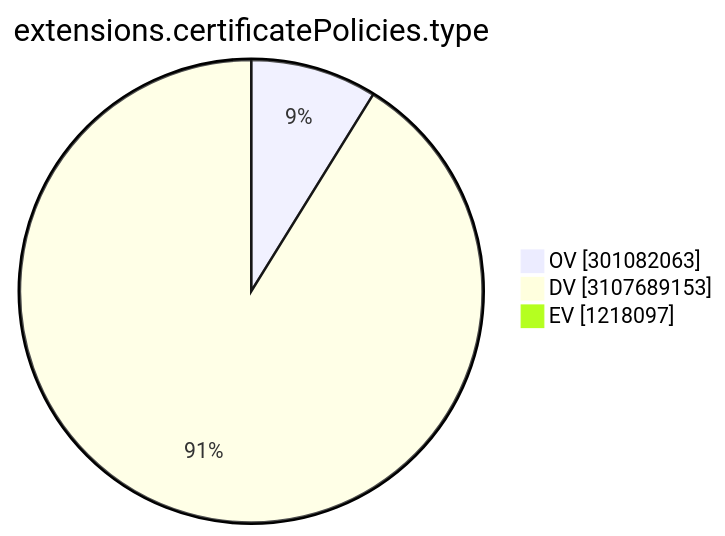
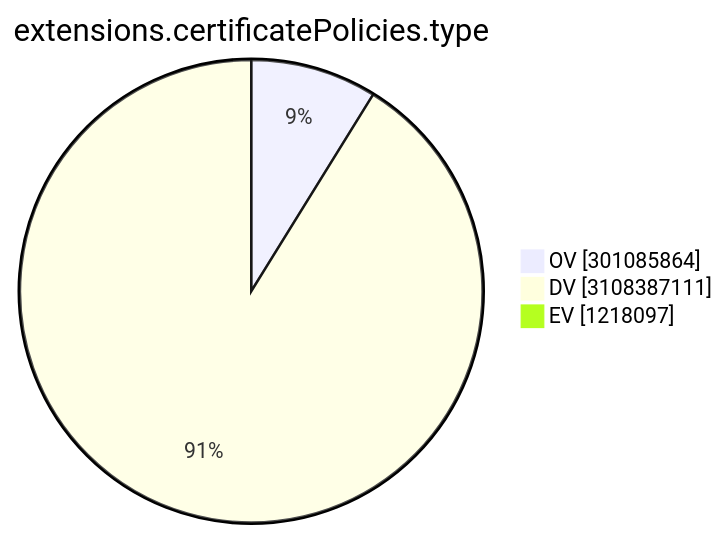
The ninth of 15 diagrams in TOTAL/README.md (christiankrug/ctmonitor_visualization), drawn with Mermaid before and after one commit. The commit also changed other lines of this file, not shown here.

````diff
--- a/TOTAL/README.md
+++ b/TOTAL/README.md
@@ -3103,7 +3103,7 @@
 ```mermaid
 pie showData
 title extensions.certificatePolicies.type
-"OV" :301082063
-"DV" :3107689153
+"OV" :301085864
+"DV" :3108387111
 "EV" :1218097
 ```
````
